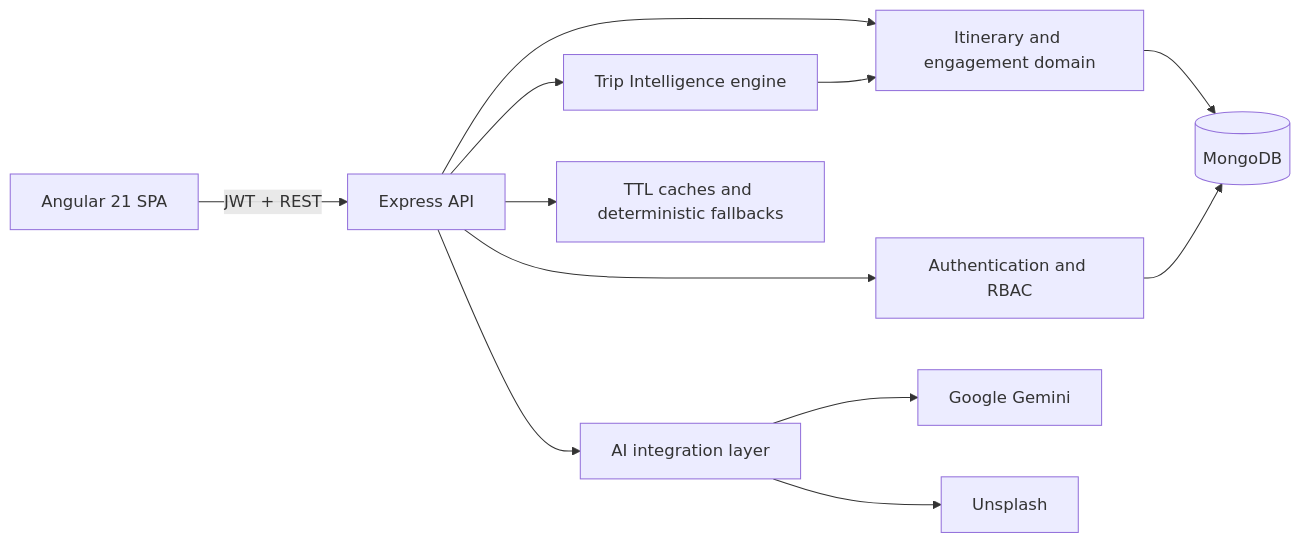
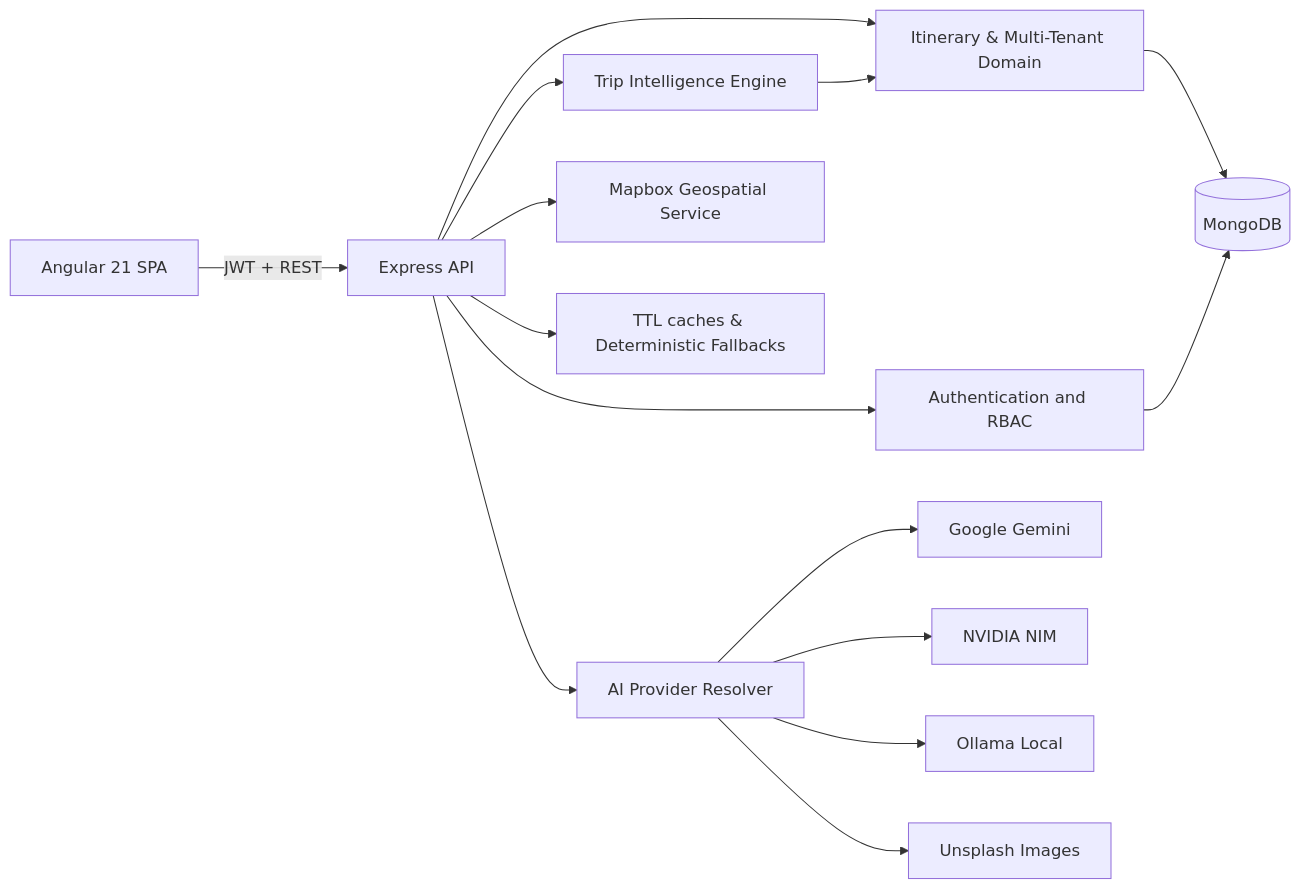
Before and after one commit to sharnjeet21/mean_mini: the diagram in README.md, drawn with Mermaid. The commit also changed other lines of this file, not shown here.

Commit message:
docs_readme_update : update README with the latest architectural changes, feature highlights, and role capabilities

````diff
--- a/README.md
+++ b/README.md
@@ -20,14 +24,17 @@
 ```mermaid
 flowchart LR
     U[Angular 21 SPA] -->|JWT + REST| E[Express API]
     E --> A[Authentication and RBAC]
-    E --> I[Itinerary and engagement domain]
-    E --> T[Trip Intelligence engine]
-    E --> X[AI integration layer]
+    E --> I[Itinerary & Multi-Tenant Domain]
+    E --> T[Trip Intelligence Engine]
+    E --> X[AI Provider Resolver]
+    E --> Y[Mapbox Geospatial Service]
     I --> M[(MongoDB)]
     A --> M
     T --> I
     X --> G[Google Gemini]
-    X --> P[Unsplash]
-    E --> C[TTL caches and deterministic fallbacks]
+    X --> N[NVIDIA NIM]
+    X --> O[Ollama Local]
+    X --> P[Unsplash Images]
+    E --> C[TTL caches & Deterministic Fallbacks]
 ```
````
